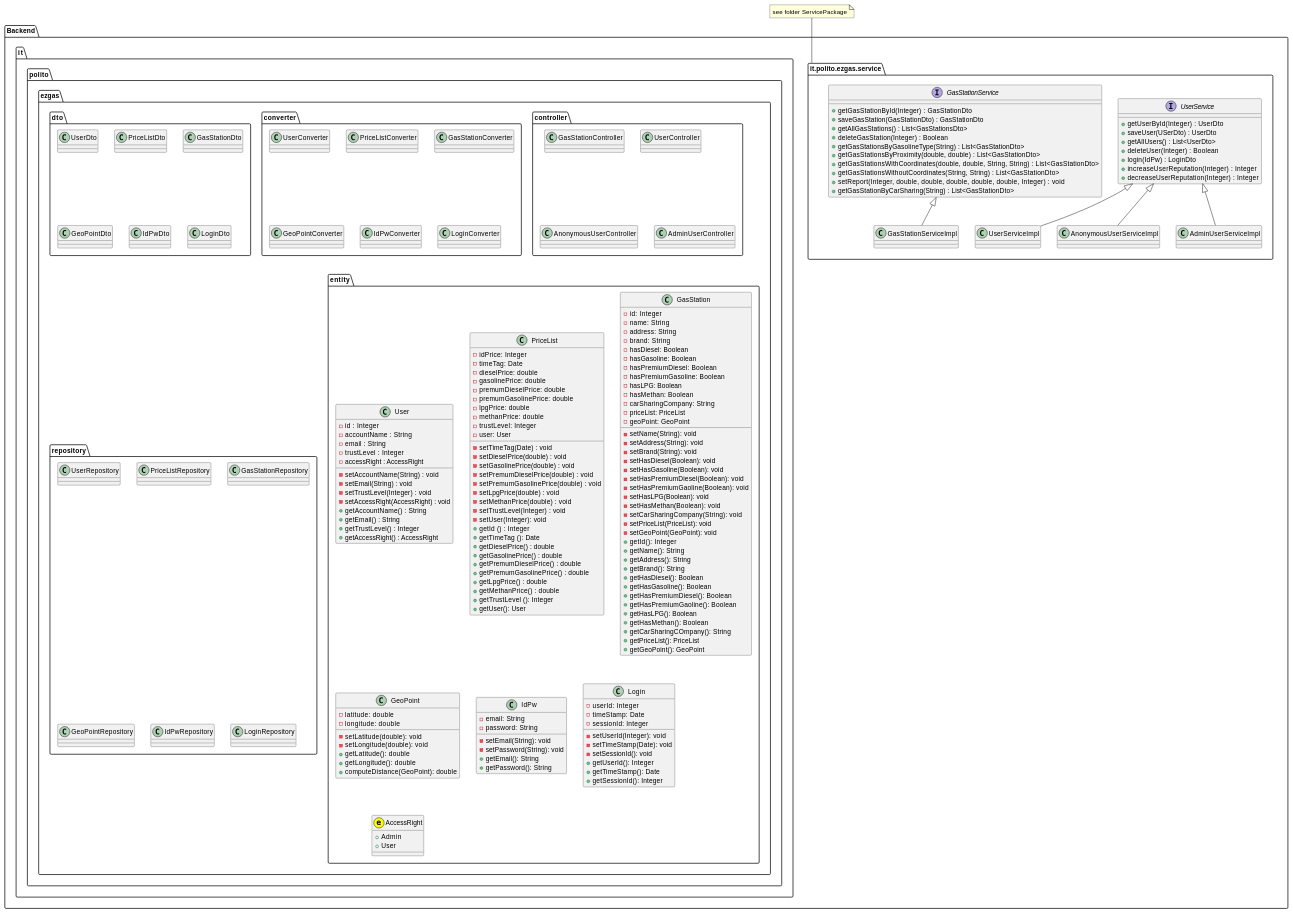
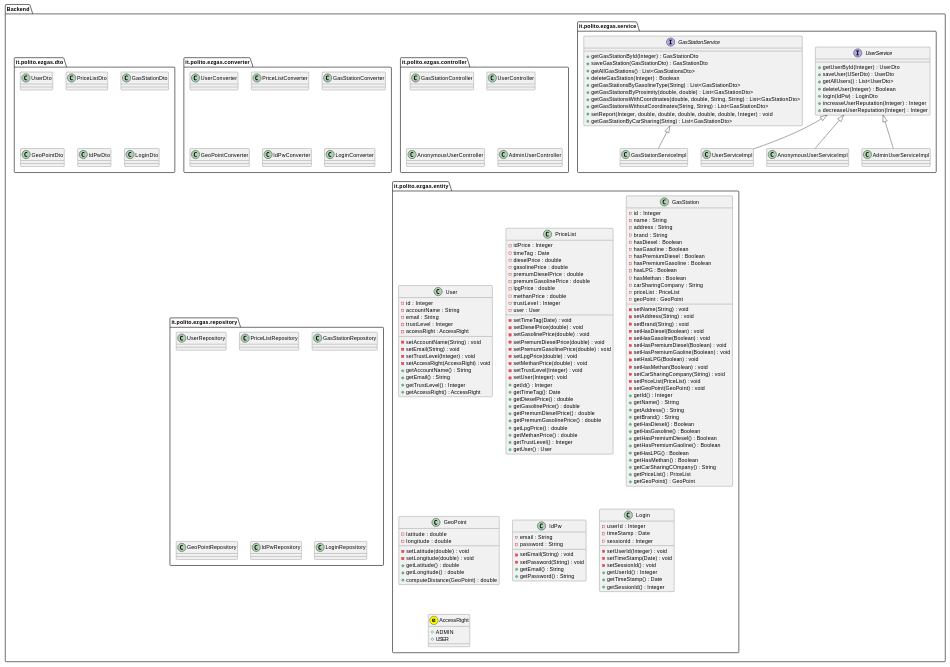
The fourth of 4 diagrams in docs/DesignDocument.md (polito-se2-2020-team6/ezgas), drawn with PlantUML before and after one commit. The commit also changed other lines of this file, not shown here.

Commit message:
docs: fix layout of low level design

````diff
--- a/docs/DesignDocument.md
+++ b/docs/DesignDocument.md
@@ -221,8 +221,9 @@
 ```plantuml
 @startuml
+scale 0.8
 package "Backend" {
 
-package "it.polito.ezgas.service" as ps {
+package "it.polito.ezgas.service" as service {
    interface "GasStationService" as gss {
 		+ getGasStationById(Integer) : GasStationDto
 		+ saveGasStation(GasStationDto) : GasStationDto
@@ -257,14 +258,14 @@
 	asi -up-|> us
 }
 
-package "it.polito.ezgas.controller" {
+package "it.polito.ezgas.controller" as controller {
 	class "GasStationController"
 	class "UserController"
 	class "AnonymousUserController"
 	class "AdminUserController"
 }
 
-package "it.polito.ezgas.converter" {
+package "it.polito.ezgas.converter" as converter {
 	class "UserConverter"
 	class "PriceListConverter"
 	class "GasStationConverter"
@@ -273,7 +274,7 @@
 	class "LoginConverter"
 }
 
-package "it.polito.ezgas.dto" {
+package "it.polito.ezgas.dto" as dto {
 	class "UserDto"
 	class "PriceListDto"
 	class "GasStationDto"
@@ -282,7 +283,7 @@
 	class "LoginDto"
 }
 
-package "it.polito.ezgas.entity" {
+package "it.polito.ezgas.entity" as entity {
 	class "User" as u {
 		- id : Integer
 		- accountName : String
@@ -298,17 +299,19 @@
 		+ getTrustLevel() : Integer
 		+ getAccessRight() : AccessRight
 	}
+
 	class "PriceList" as pl {
-		- idPrice: Integer
-		- timeTag: Date
-		- dieselPrice: double
-		- gasolinePrice: double
-		- premumDieselPrice: double
-		- premumGasolinePrice: double
-		- lpgPrice: double
-		- methanPrice: double 
-		- trustLevel: Integer
-		- user: User
+		- idPrice : Integer
+		- timeTag : Date
+		- dieselPrice : double
+		- gasolinePrice : double
+		- premumDieselPrice : double
+		- premumGasolinePrice : double
+		- lpgPrice : double
+		- methanPrice : double 
+		- trustLevel : Integer
+		- user : User
+
 		- setTimeTag(Date) : void
 		- setDieselPrice(double) : void
 		- setGasolinePrice(double) : void
@@ -318,93 +321,101 @@
 		- setMethanPrice(double) : void
 		- setTrustLevel(Integer) : void
 		- setUser(Integer): void
-		+ getId () : Integer
-		+ getTimeTag (): Date 
+		+ getId() : Integer
+		+ getTimeTag(): Date 
 		+ getDieselPrice() : double
 		+ getGasolinePrice() : double
 		+ getPremumDieselPrice() : double
 		+ getPremumGasolinePrice() : double
 		+ getLpgPrice() : double
 		+ getMethanPrice() : double
-		+ getTrustLevel (): Integer
-		+ getUser(): User
+		+ getTrustLevel() : Integer
+		+ getUser() : User
 	}
+
 	class "GasStation" as gs {
-		- id: Integer
-		- name: String
-		- address: String
-		- brand: String
-		- hasDiesel: Boolean
-		- hasGasoline: Boolean
-		- hasPremiumDiesel: Boolean
-		- hasPremiumGasoline: Boolean
-		- hasLPG: Boolean
-		- hasMethan: Boolean
-		- carSharingCompany: String
-		- priceList: PriceList
-		- geoPoint: GeoPoint
-		- setName(String): void
-		- setAddress(String): void
-		- setBrand(String): void
-		- setHasDiesel(Boolean): void
-		- setHasGasoline(Boolean): void
-		- setHasPremiumDiesel(Boolean): void
-		- setHasPremiumGaoline(Boolean): void
-		- setHasLPG(Boolean): void
-		- setHasMethan(Boolean): void
-		- setCarSharingCompany(String): void
-		- setPriceList(PriceList): void
-		- setGeoPoint(GeoPoint): void
-		+ getId(): Integer
-		+ getName(): String
-		+ getAddress(): String
-		+ getBrand(): String
-		+ getHasDiesel(): Boolean
-		+ getHasGasoline(): Boolean
-		+ getHasPremiumDiesel(): Boolean
-		+ getHasPremiumGaoline(): Boolean
-		+ getHasLPG(): Boolean
-		+ getHasMethan(): Boolean
-		+ getCarSharingCOmpany(): String
-		+ getPriceList(): PriceList
-		+ getGeoPoint(): GeoPoint
-		
+		- id : Integer
+		- name : String
+		- address : String
+		- brand : String
+		- hasDiesel : Boolean
+		- hasGasoline : Boolean
+		- hasPremiumDiesel : Boolean
+		- hasPremiumGasoline : Boolean
+		- hasLPG : Boolean
+		- hasMethan : Boolean
+		- carSharingCompany : String
+		- priceList : PriceList
+		- geoPoint : GeoPoint
+
+		- setName(String) : void
+		- setAddress(String) : void
+		- setBrand(String) : void
+		- setHasDiesel(Boolean) : void
+		- setHasGasoline(Boolean) : void
+		- setHasPremiumDiesel(Boolean) : void
+		- setHasPremiumGaoline(Boolean) : void
+		- setHasLPG(Boolean) : void
+		- setHasMethan(Boolean) : void
+		- setCarSharingCompany(String) : void
+		- setPriceList(PriceList) : void
+		- setGeoPoint(GeoPoint) : void
+		+ getId() : Integer
+		+ getName() : String
+		+ getAddress() : String
+		+ getBrand() : String
+		+ getHasDiesel() : Boolean
+		+ getHasGasoline() : Boolean
+		+ getHasPremiumDiesel() : Boolean
+		+ getHasPremiumGaoline() : Boolean
+		+ getHasLPG() : Boolean
+		+ getHasMethan() : Boolean
+		+ getCarSharingCOmpany() : String
+		+ getPriceList() : PriceList
+		+ getGeoPoint() : GeoPoint
 	}
-	class "GeoPoint" as gp{
-		- latitude: double
-		- longitude: double
-		- setLatitude(double): void
-		- setLongitude(double): void
-		+ getLatitude(): double
-		+ getLongitude(): double
-		+ computeDistance(GeoPoint): double
+
+	class "GeoPoint" as gp {
+		- latitude : double
+		- longitude : double
+
+		- setLatitude(double) : void
+		- setLongitude(double) : void
+		+ getLatitude() : double
+		+ getLongitude() : double
+		+ computeDistance(GeoPoint) : double
 	}
+
 	class "IdPw" as ip {
-		- email: String
-		- password: String
-		- setEmail(String): void
-		- setPassword(String): void
-		+ getEmail(): String
-		+ getPassword(): String
+		- email : String
+		- password : String
+
+		- setEmail(String) : void
+		- setPassword(String) : void
+		+ getEmail() : String
+		+ getPassword() : String
 	}
+
 	class "Login" as l {
-		- userId: Integer
-		- timeStamp: Date
-		- sessionId: Integer
-		- setUserId(Integer): void
-		- setTimeStamp(Date): void
-		- setSessionId(): void
-		+ getUserId(): Integer
-		+ getTimeStamp(): Date
-		+ getSessionId(): Integer
+		- userId : Integer
+		- timeStamp : Date
+		- sessionId : Integer
+
+		- setUserId(Integer) : void
+		- setTimeStamp(Date) : void
+		- setSessionId() : void
+		+ getUserId() : Integer
+		+ getTimeStamp() : Date
+		+ getSessionId() : Integer
 	}
+
 	class "AccessRight" << (e,yellow) >>{
-		+ Admin
-		+ User
+		+ ADMIN
+		+ USER
 	}
 }
 
-package "it.polito.ezgas.repository" {
+package "it.polito.ezgas.repository" as repository {
 	class "UserRepository"
 	class "PriceListRepository"
 	class "GasStationRepository"
@@ -412,10 +423,9 @@
 	class "IdPwRepository"
 	class "LoginRepository"
 }
+}
 
-	
-}
-note "see folder ServicePackage" as n
-n -- ps
+
+
 @enduml
 ```
````
